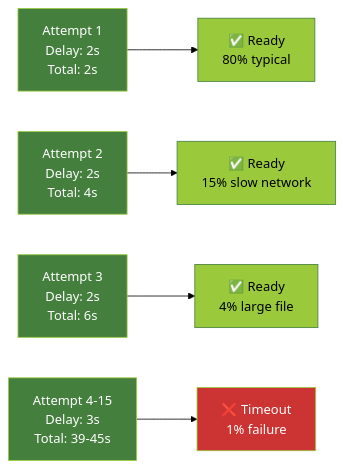
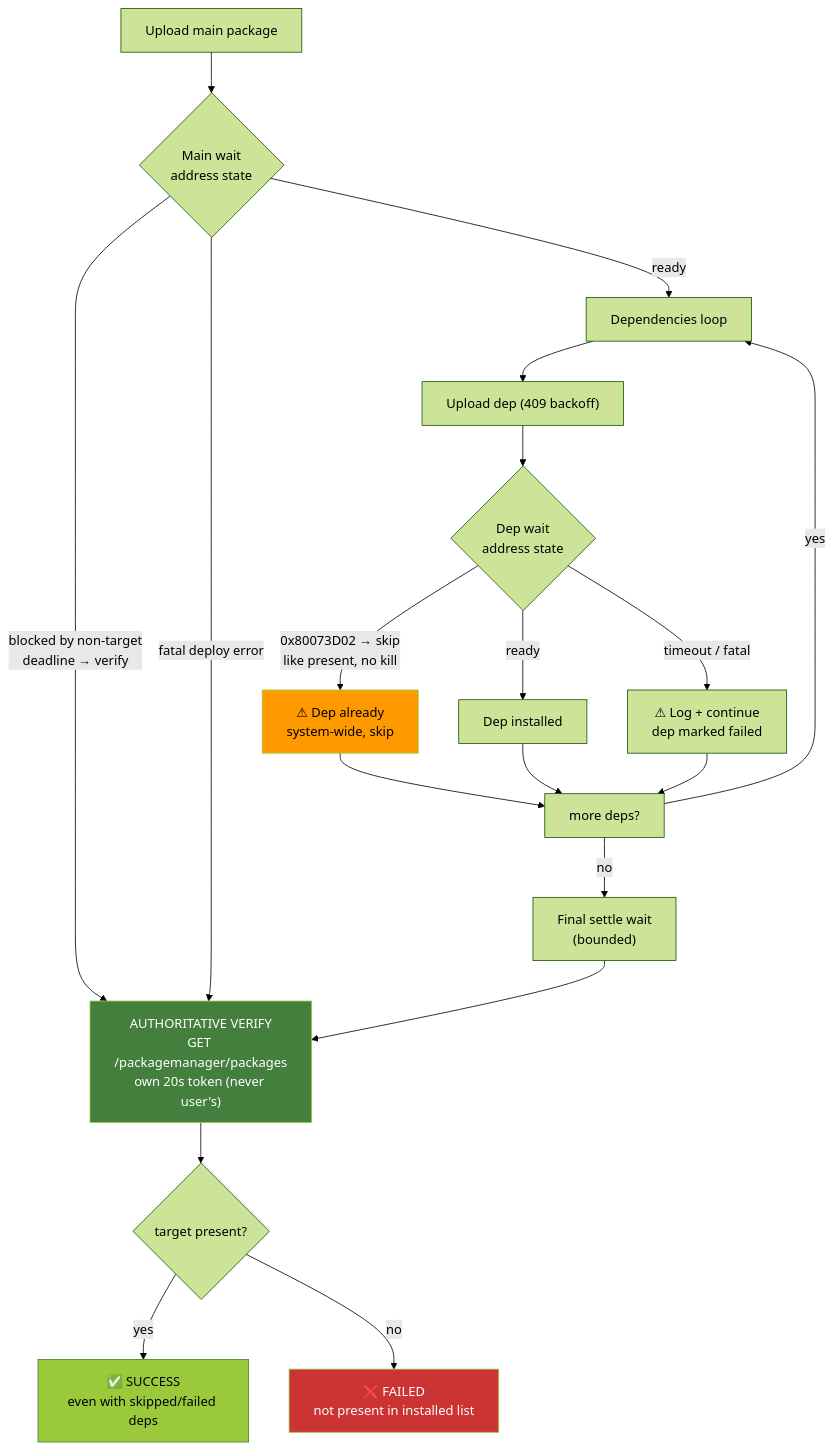
Before and after one commit to marcelofrau/xb-homebrew-vault: the seventh of 9 diagrams in docs/integration-package-installation-flow.md, drawn with Mermaid (forest theme). The commit also changed other lines of this file and 6 other files, not shown here.

First line of the commit message:
fix(xbox): dep install hang — target-only kill, skip present deps, authoritative final verify

````diff
--- a/docs/integration-package-installation-flow.md
+++ b/docs/integration-package-installation-flow.md
@@ -374,26 +408,28 @@
 ```mermaid
-graph LR
-    A1["Attempt 1<br/>Delay: 2s<br/>Total: 2s"]
-    A2["Attempt 2<br/>Delay: 2s<br/>Total: 4s"]
-    A3["Attempt 3<br/>Delay: 2s<br/>Total: 6s"]
-    A4["Attempt 4-15<br/>Delay: 3s<br/>Total: 39-45s"]
-    
-    R1["✅ Ready<br/>80% typical"]
-    R2["✅ Ready<br/>15% slow network"]
-    R3["✅ Ready<br/>4% large file"]
-    R4["❌ Timeout<br/>1% failure"]
-    
-    A1 --> R1
-    A2 --> R2
-    A3 --> R3
-    A4 --> R4
-    
-    style A1 fill:#447F3E,stroke:#9ACA3C,color:#fff
-    style A2 fill:#447F3E,stroke:#9ACA3C,color:#fff
-    style A3 fill:#447F3E,stroke:#9ACA3C,color:#fff
-    style A4 fill:#447F3E,stroke:#9ACA3C,color:#fff
-    style R1 fill:#9ACA3C,stroke:#447F3E,color:#000
-    style R2 fill:#9ACA3C,stroke:#447F3E,color:#000
-    style R3 fill:#9ACA3C,stroke:#447F3E,color:#000
-    style R4 fill:#CC3333,stroke:#9ACA3C,color:#fff
+flowchart TD
+    MAIN["Upload main package"] --> MW{"Main wait<br/>address state"}
+    MW -- "ready" --> DEPLOOP["Dependencies loop"]
+    MW -- "blocked by non-target<br/>deadline → verify" --> VF
+    MW -- "fatal deploy error" --> VF
+
+    DEPLOOP --> DEPUP["Upload dep (409 backoff)"]
+    DEPUP --> DW{"Dep wait<br/>address state"}
+    DW -- "ready" --> DEPOK["Dep installed"]
+    DW -- "0x80073D02 → skip<br/>like present, no kill" --> DEPSKIP["⚠ Dep already<br/>system-wide, skip"]
+    DW -- "timeout / fatal" --> DEPFAIL["⚠ Log + continue<br/>dep marked failed"]
+    DEPSKIP --> NEXT["more deps?"]
+    DEPOK --> NEXT
+    DEPFAIL --> NEXT
+    NEXT -- "yes" --> DEPLOOP
+    NEXT -- "no" --> FINAL["Final settle wait<br/>(bounded)"]
+
+    FINAL --> VF["AUTHORITATIVE VERIFY<br/>GET /packagemanager/packages<br/>own 20s token (never user's)"]
+    VF --> PRESENT{"target present?"}
+    PRESENT -- "yes" --> SUCCESS["✅ SUCCESS<br/>even with skipped/failed deps"]
+    PRESENT -- "no" --> FAILED["❌ FAILED<br/>not present in installed list"]
+
+    style DEPSKIP fill:#FF9900,stroke:#9ACA3C,color:#000
+    style SUCCESS fill:#9ACA3C,stroke:#447F3E,color:#000
+    style FAILED fill:#CC3333,stroke:#9ACA3C,color:#fff
+    style VF fill:#447F3E,stroke:#9ACA3C,color:#fff
 ```
````
